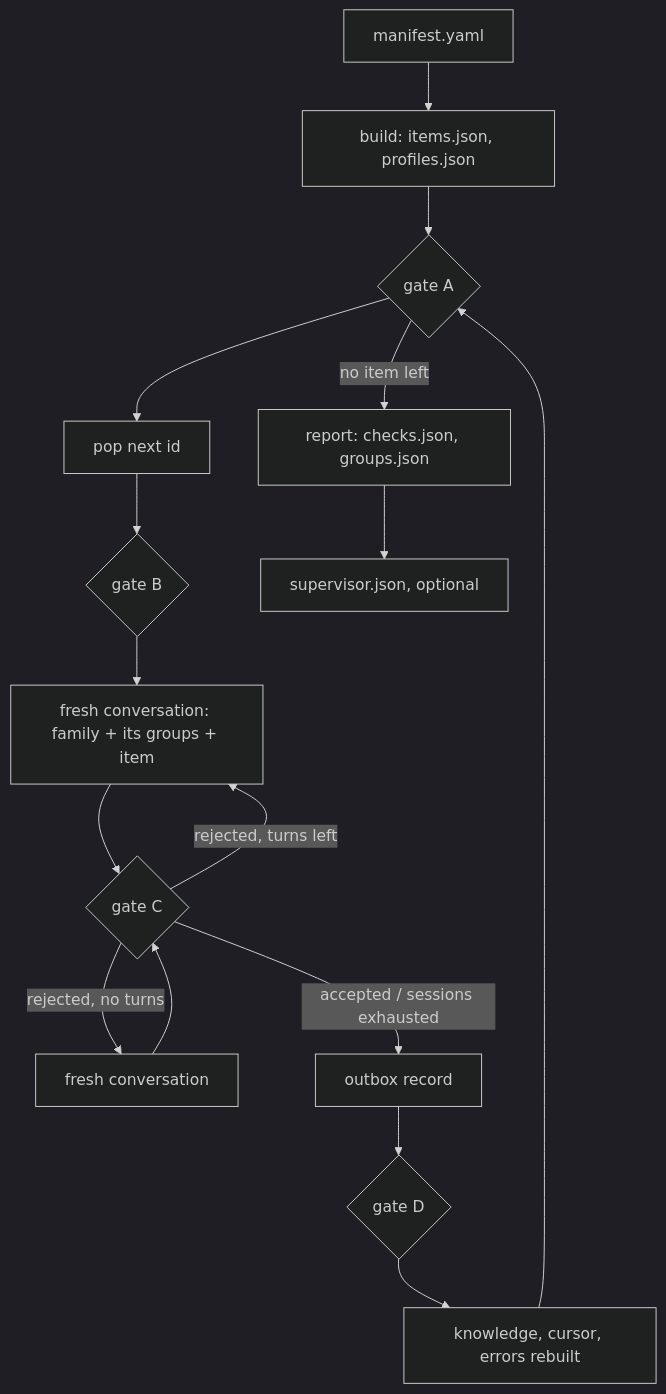
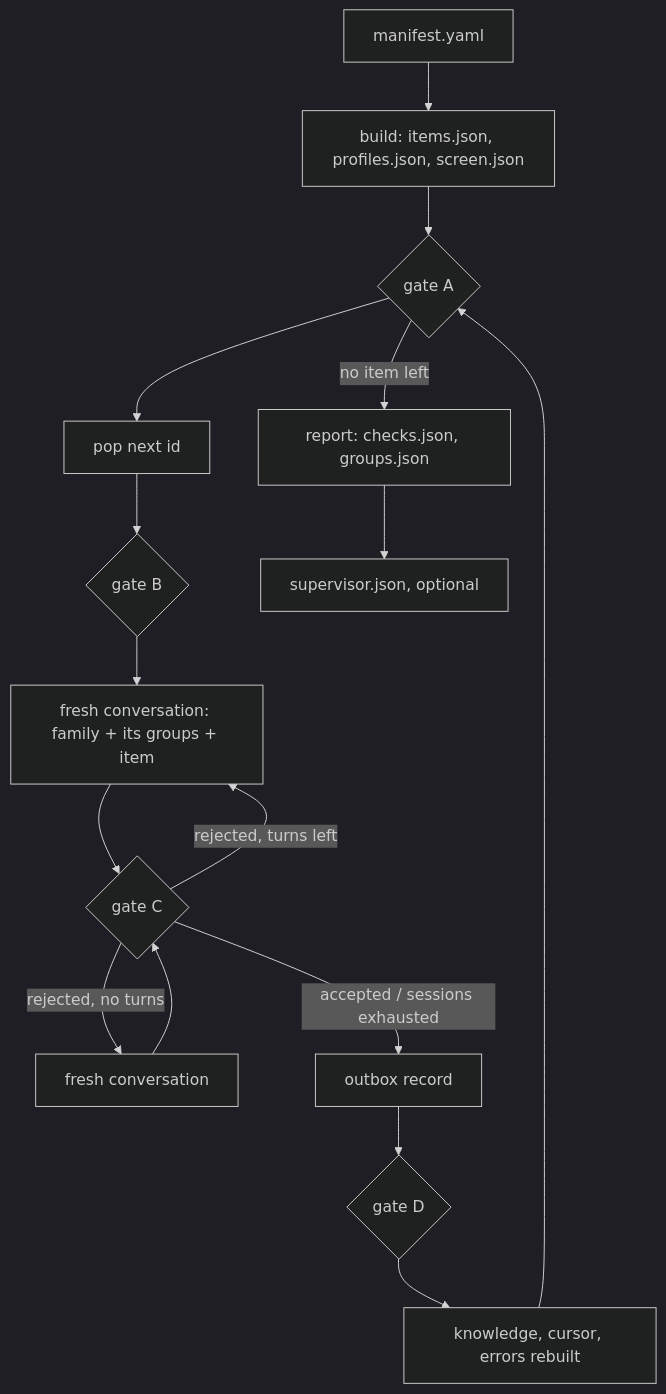
One commit to JuneKim0007/cryptobenchmark changed the diagram in perf-repair/docs/grouping.md. Above: the diagram before and after it, drawn with Mermaid (dark theme). The commit also changed other lines of this file and 3 other files, not shown here.

Commit message:
perf-repair: docs/screening.md: statuses, precedence, lookup, screening.yaml sections, loader codes, sources policy and the limits of the key; grouping and pipeline docs name screen.json (#55)

````diff
--- a/perf-repair/docs/grouping.md
+++ b/perf-repair/docs/grouping.md
@@ -5,14 +5,14 @@
 ```mermaid
 flowchart TD
-    M[manifest.yaml] --> B[build: items.json, profiles.json]
+    M[manifest.yaml] --> B[build: items.json, profiles.json, screen.json]
     B --> A{gate A}
     A --> P[pop next id] --> GB{gate B}
     GB --> C[fresh conversation: family + its groups + item]
     C --> GC{gate C}
     GC -- rejected, turns left --> C
     GC -- rejected, no turns --> R[fresh conversation]
     R --> GC
     GC -- accepted / sessions exhausted --> O[outbox record] --> GD{gate D}
     GD --> K[knowledge, cursor, errors rebuilt] --> A
     A -- no item left --> X[report: checks.json, groups.json] --> S[supervisor.json, optional]
 ```
````
